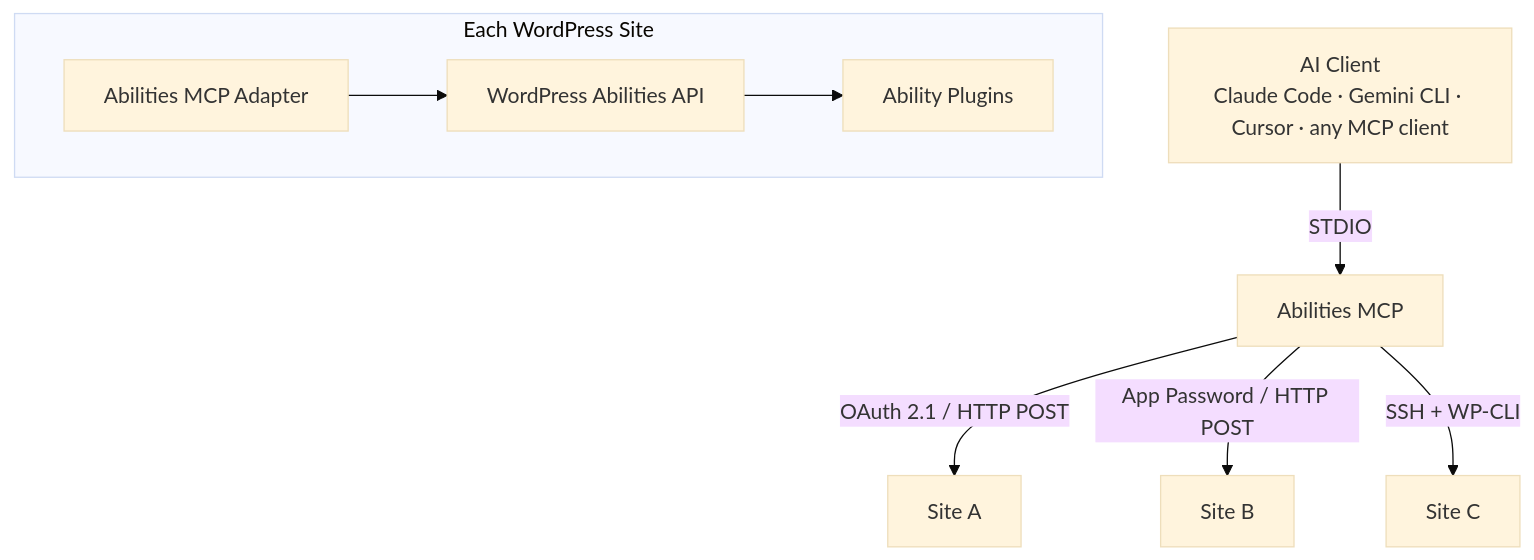
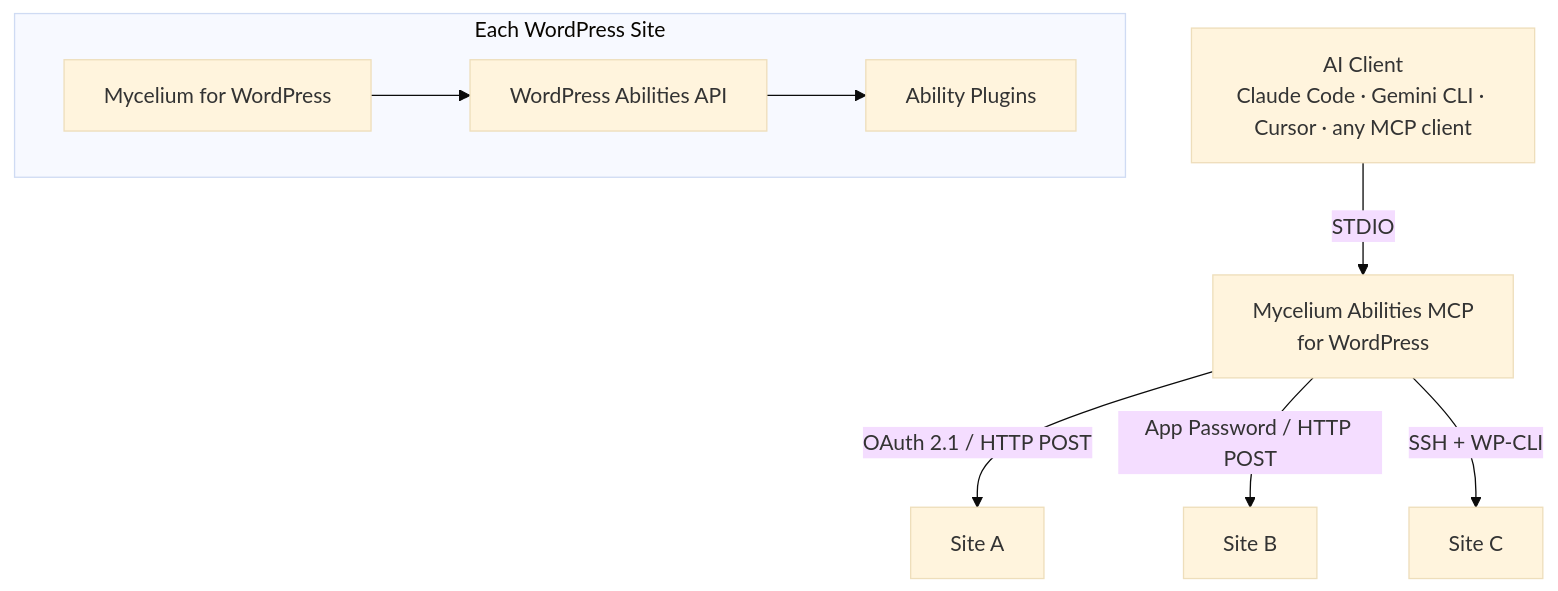
The diagram in README.md (Wicked-Evolutions/abilities-mcp), drawn with Mermaid (base theme) before and after one commit. The commit also changed other lines of this file and 3 other files, not shown here.

Commit message:
docs: present Mycelium Abilities MCP for WordPress

````diff
--- a/README.md
+++ b/README.md
@@ -460,12 +471,12 @@
 ```mermaid
 graph TD
-    Client[AI Client<br/>Claude Code · Gemini CLI · Cursor · any MCP client] -->|STDIO| Bridge[Abilities MCP]
+    Client[AI Client<br/>Claude Code · Gemini CLI · Cursor · any MCP client] -->|STDIO| Bridge[Mycelium Abilities MCP<br/>for WordPress]
     Bridge -->|OAuth 2.1 / HTTP POST| SiteA[Site A]
     Bridge -->|App Password / HTTP POST| SiteB[Site B]
     Bridge -->|SSH + WP-CLI| SiteC[Site C]
 
     subgraph "Each WordPress Site"
-        Adapter[Abilities MCP Adapter] --> AbilitiesAPI[WordPress Abilities API]
+        Mycelium[Mycelium for WordPress] --> AbilitiesAPI[WordPress Abilities API]
         AbilitiesAPI --> Plugins[Ability Plugins]
     end
 ```
````
